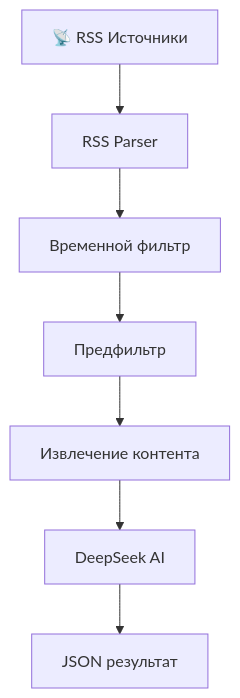
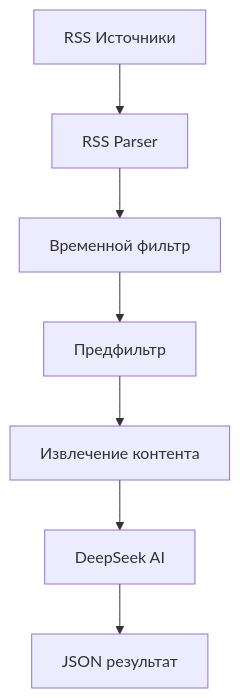
Before and after one commit to XQwart/Precious-Metals-News-Analyzer: the diagram in README.md, drawn with Mermaid.

````diff
--- a/README.md
+++ b/README.md
@@ -20,9 +20,9 @@
 ```mermaid
 graph TD
-    A[📡 RSS Источники] --> B[ RSS Parser]
+    A[ RSS Источники] --> B[ RSS Parser]
     B --> C[ Временной фильтр]
     C --> D[ Предфильтр]
     D --> E[ Извлечение контента]
     E --> F[ DeepSeek AI]
     F --> G[ JSON результат]
 ```
````
